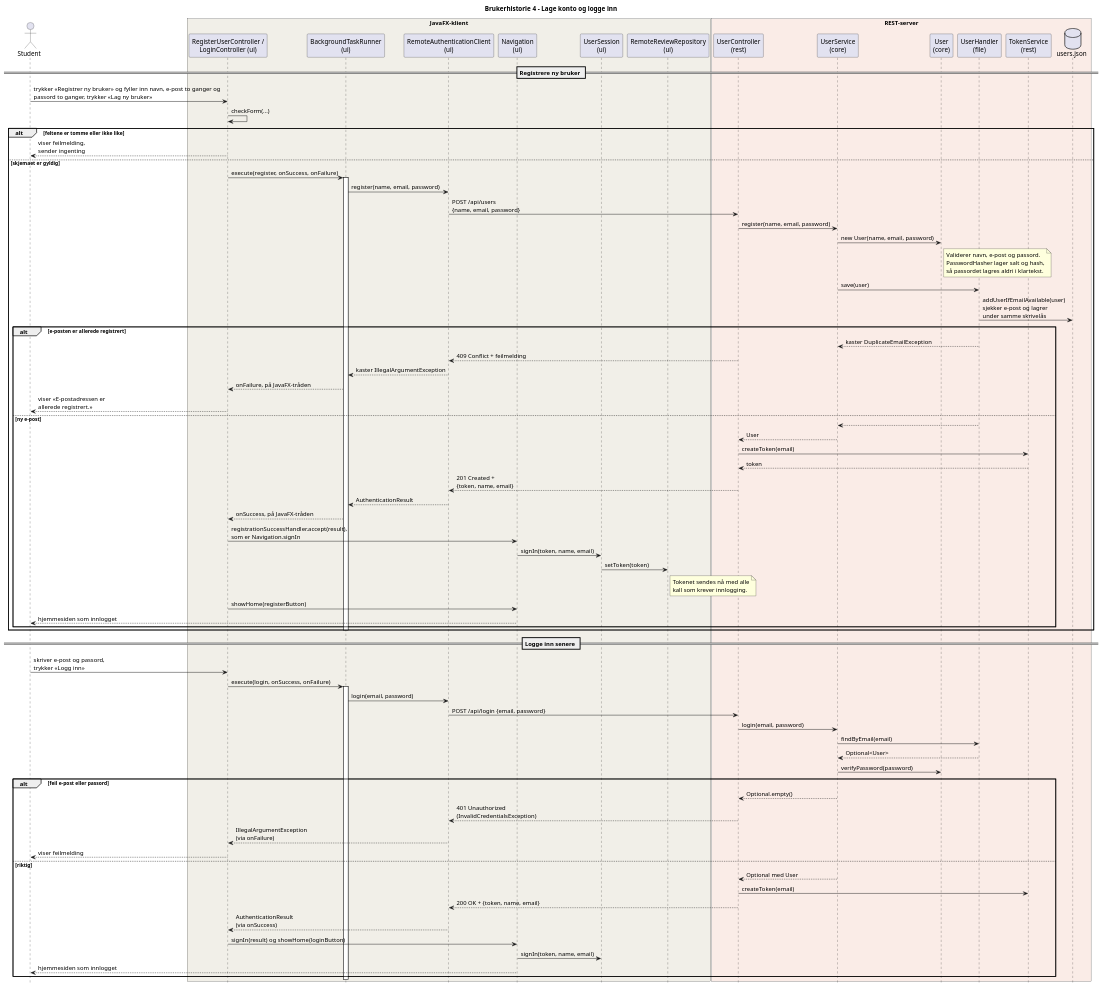
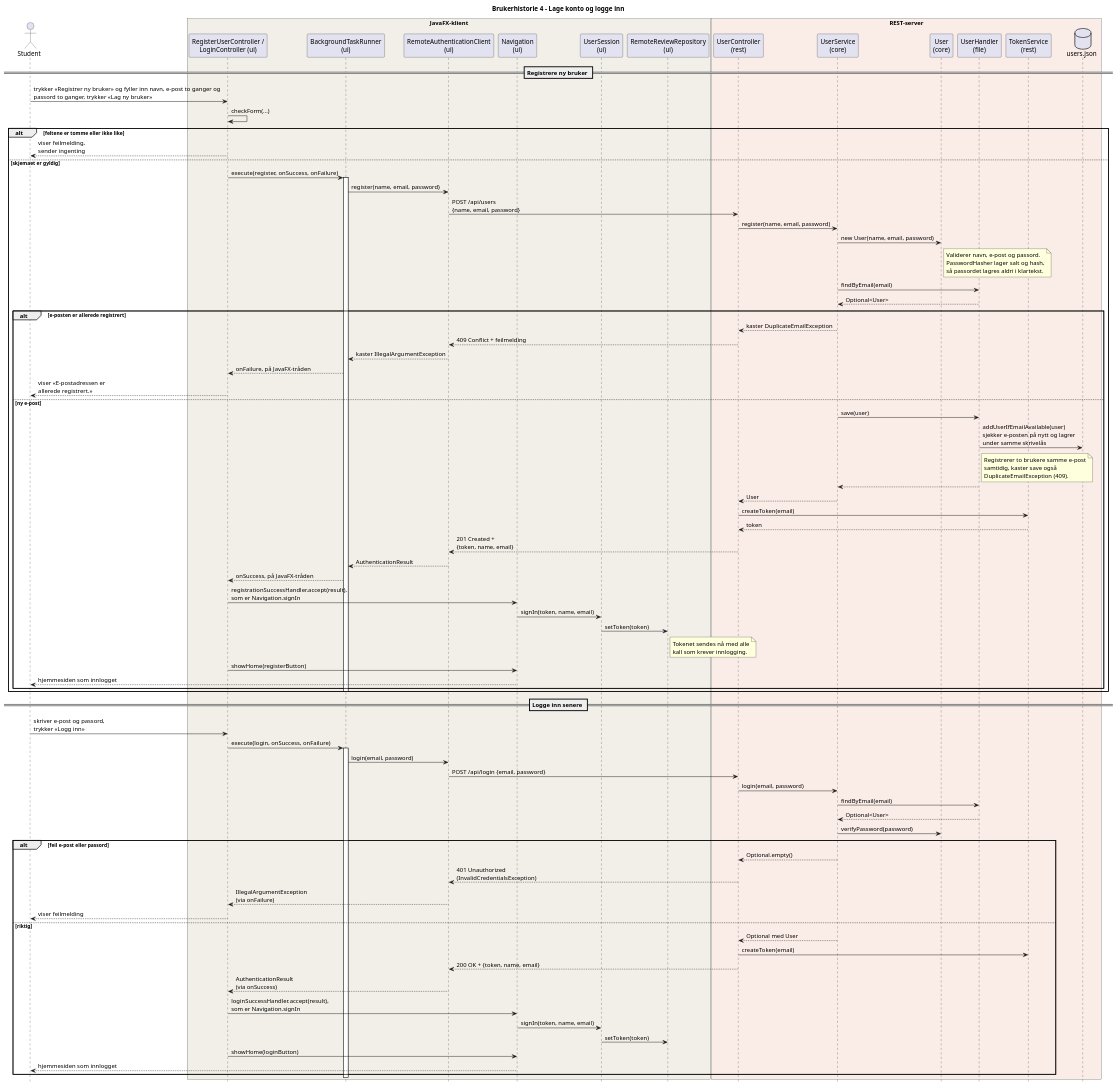
Before and after one commit to JesperBarosen/BIThub: the diagram in arkitektur/brukerhistorie4Sekvensdiagram.puml, drawn with PlantUML. The commit also changed 1 other file, not shown here.

Commit message:
Rett registrering og innlogging i sekvensdiagram 4
UserService.register sjekker selv om e-posten finnes med findByEmail
og kaster DuplicateEmailException før save. Diagrammet viser nå den
sjekken, og at UserHandler bare kaster ved samtidig registrering.
Innloggingen viser loginSuccessHandler.accept(result) som
Navigation.signIn, på samme måte som registreringen.

ref #259

```diff
--- a/arkitektur/brukerhistorie4Sekvensdiagram.puml
+++ b/arkitektur/brukerhistorie4Sekvensdiagram.puml
@@ -1,94 +1,99 @@
 @startuml brukerhistorie4Sekvensdiagram
 hide footbox
 
 title Brukerhistorie 4 - Lage konto og logge inn
 
 actor "Student" as User
 box "JavaFX-klient" #F1EFE8
 participant "RegisterUserController /\nLoginController (ui)" as FormC
 participant "BackgroundTaskRunner\n(ui)" as Runner
 participant "RemoteAuthenticationClient\n(ui)" as AuthClient
 participant "Navigation\n(ui)" as Nav
 participant "UserSession\n(ui)" as Session
 participant "RemoteReviewRepository\n(ui)" as Remote
 end box
 box "REST-server" #FAECE7
 participant "UserController\n(rest)" as UserC
 participant "UserService\n(core)" as UserS
 participant "User\n(core)" as UserModel
 participant "UserHandler\n(file)" as Handler
 participant "TokenService\n(rest)" as Tokens
 database "users.json" as File
 end box
 
 == Registrere ny bruker ==
 
 User -> FormC : trykker «Registrer ny bruker» og fyller inn navn, e-post to ganger og\npassord to ganger, trykker «Lag ny bruker»
 FormC -> FormC : checkForm(...)
 
 alt feltene er tomme eller ikke like
     FormC --> User : viser feilmelding,\nsender ingenting
 else skjemaet er gyldig
     FormC -> Runner : execute(register, onSuccess, onFailure)
     activate Runner
     Runner -> AuthClient : register(name, email, password)
     AuthClient -> UserC : POST /api/users\n{name, email, password}
     UserC -> UserS : register(name, email, password)
     UserS -> UserModel : new User(name, email, password)
     note right of UserModel : Validerer navn, e-post og passord.\nPasswordHasher lager salt og hash,\nså passordet lagres aldri i klartekst.
-    UserS -> Handler : save(user)
-    Handler -> File : addUserIfEmailAvailable(user)\nsjekker e-post og lagrer\nunder samme skrivelås
+    UserS -> Handler : findByEmail(email)
+    Handler --> UserS : Optional<User>
 
     alt e-posten er allerede registrert
-        Handler --> UserS : kaster DuplicateEmailException
+        UserS --> UserC : kaster DuplicateEmailException
         UserC --> AuthClient : 409 Conflict + feilmelding
         AuthClient --> Runner : kaster IllegalArgumentException
         Runner --> FormC : onFailure, på JavaFX-tråden
         FormC --> User : viser «E-postadressen er\nallerede registrert.»
     else ny e-post
+        UserS -> Handler : save(user)
+        Handler -> File : addUserIfEmailAvailable(user)\nsjekker e-posten på nytt og lagrer\nunder samme skrivelås
+        note right of Handler : Registrerer to brukere samme e-post\nsamtidig, kaster save også\nDuplicateEmailException (409).
         Handler --> UserS
         UserS --> UserC : User
         UserC -> Tokens : createToken(email)
         Tokens --> UserC : token
         UserC --> AuthClient : 201 Created +\n{token, name, email}
         AuthClient --> Runner : AuthenticationResult
         Runner --> FormC : onSuccess, på JavaFX-tråden
         FormC -> Nav : registrationSuccessHandler.accept(result),\nsom er Navigation.signIn
         Nav -> Session : signIn(token, name, email)
         Session -> Remote : setToken(token)
         note right of Remote : Tokenet sendes nå med alle\nkall som krever innlogging.
         FormC -> Nav : showHome(registerButton)
         Nav --> User : hjemmesiden som innlogget
     end
     deactivate Runner
 end
 
 == Logge inn senere ==
 
 User -> FormC : skriver e-post og passord,\ntrykker «Logg inn»
 FormC -> Runner : execute(login, onSuccess, onFailure)
 activate Runner
 Runner -> AuthClient : login(email, password)
 AuthClient -> UserC : POST /api/login {email, password}
 UserC -> UserS : login(email, password)
 UserS -> Handler : findByEmail(email)
 Handler --> UserS : Optional<User>
 UserS -> UserModel : verifyPassword(password)
 
 alt feil e-post eller passord
     UserS --> UserC : Optional.empty()
     UserC --> AuthClient : 401 Unauthorized\n(InvalidCredentialsException)
     AuthClient --> FormC : IllegalArgumentException\n(via onFailure)
     FormC --> User : viser feilmelding
 else riktig
     UserS --> UserC : Optional med User
     UserC -> Tokens : createToken(email)
     UserC --> AuthClient : 200 OK + {token, name, email}
     AuthClient --> FormC : AuthenticationResult\n(via onSuccess)
-    FormC -> Nav : signIn(result) og showHome(loginButton)
+    FormC -> Nav : loginSuccessHandler.accept(result),\nsom er Navigation.signIn
     Nav -> Session : signIn(token, name, email)
+    Session -> Remote : setToken(token)
+    FormC -> Nav : showHome(loginButton)
     Nav --> User : hjemmesiden som innlogget
 end
 deactivate Runner
 
 @enduml
```
